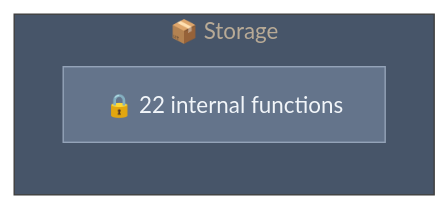
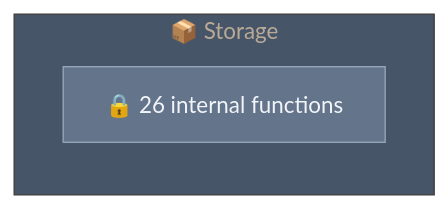
The diagram in .mikk/diagrams/capsules/mesh-packages-mcp-server.mmd (Ansh-dhanani/mikk), drawn with Mermaid before and after one commit. The commit also changed 62 other files, not shown here.

Commit message:
feat: implement core contract generation, caching, and security scanning infrastructure with supporting test fixtures and diagrams

```diff
--- a/.mikk/diagrams/capsules/mesh-packages-mcp-server.mmd
+++ b/.mikk/diagrams/capsules/mesh-packages-mcp-server.mmd
@@ -1,12 +1,12 @@
 %%{init: {"theme": "base", "themeVariables": {"primaryColor": "#1e293b", "primaryTextColor": "#e2e8f0", "lineColor": "#64748b", "secondaryColor": "#334155", "tertiaryColor": "#475569", "background": "#0f172a", "mainBkg": "#1e293b", "nodeBorder": "#475569"}}}%%
 graph LR
 
     subgraph mesh_packages_mcp_server["📦 Storage"]
         direction TB
-        internal["🔒 22 internal functions"]
+        internal["🔒 26 internal functions"]
     end
 
 
     classDef publicApi fill:#22c55e,stroke:#4ade80,color:#f0fdf4
     classDef internalApi fill:#64748b,stroke:#94a3b8,color:#f1f5f9
     class internal internalApi
```
